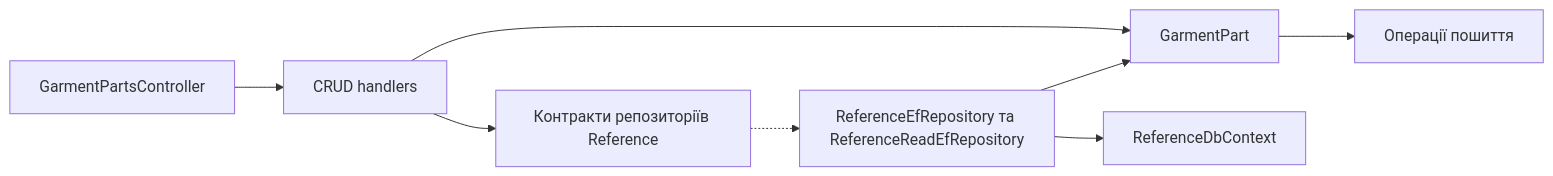
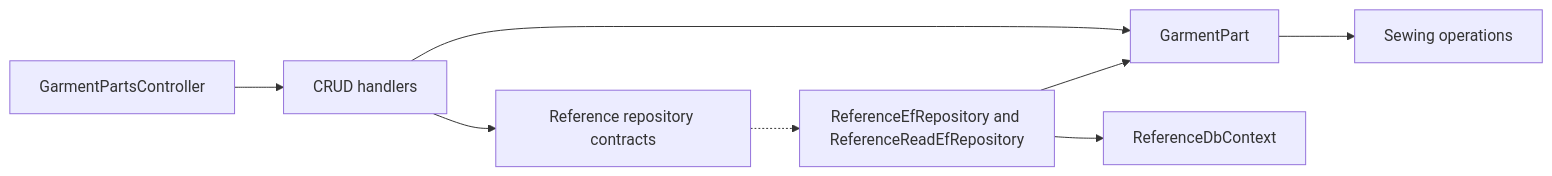
One commit to Weretik/BreviERP changed the diagram in docs/sdd/features/reference/garment-parts.md. Above: the diagram before and after it, drawn with Mermaid. The commit also changed other lines of this file and 204 other files, not shown here.

````diff
--- a/docs/sdd/features/reference/garment-parts.md
+++ b/docs/sdd/features/reference/garment-parts.md
@@ -32,10 +32,10 @@
 ```mermaid
 flowchart LR
     A["GarmentPartsController"] --> B["CRUD handlers"]
     B --> C["GarmentPart"]
-    B --> D["Контракти репозиторіїв Reference"]
-    D -.-> E["ReferenceEfRepository та ReferenceReadEfRepository"]
+    B --> D["Reference repository contracts"]
+    D -.-> E["ReferenceEfRepository and ReferenceReadEfRepository"]
     E --> F["ReferenceDbContext"]
     E --> C
-    C --> G["Операції пошиття"]
+    C --> G["Sewing operations"]
 ```
````
